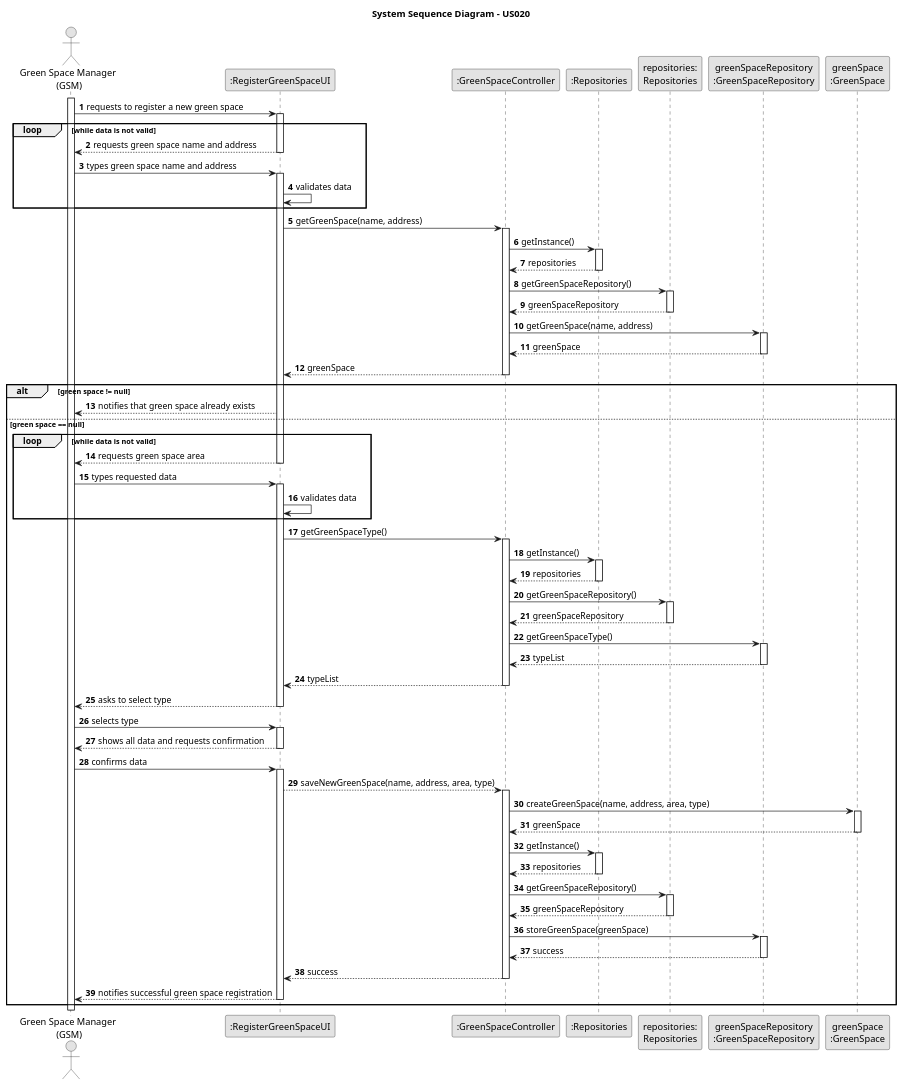
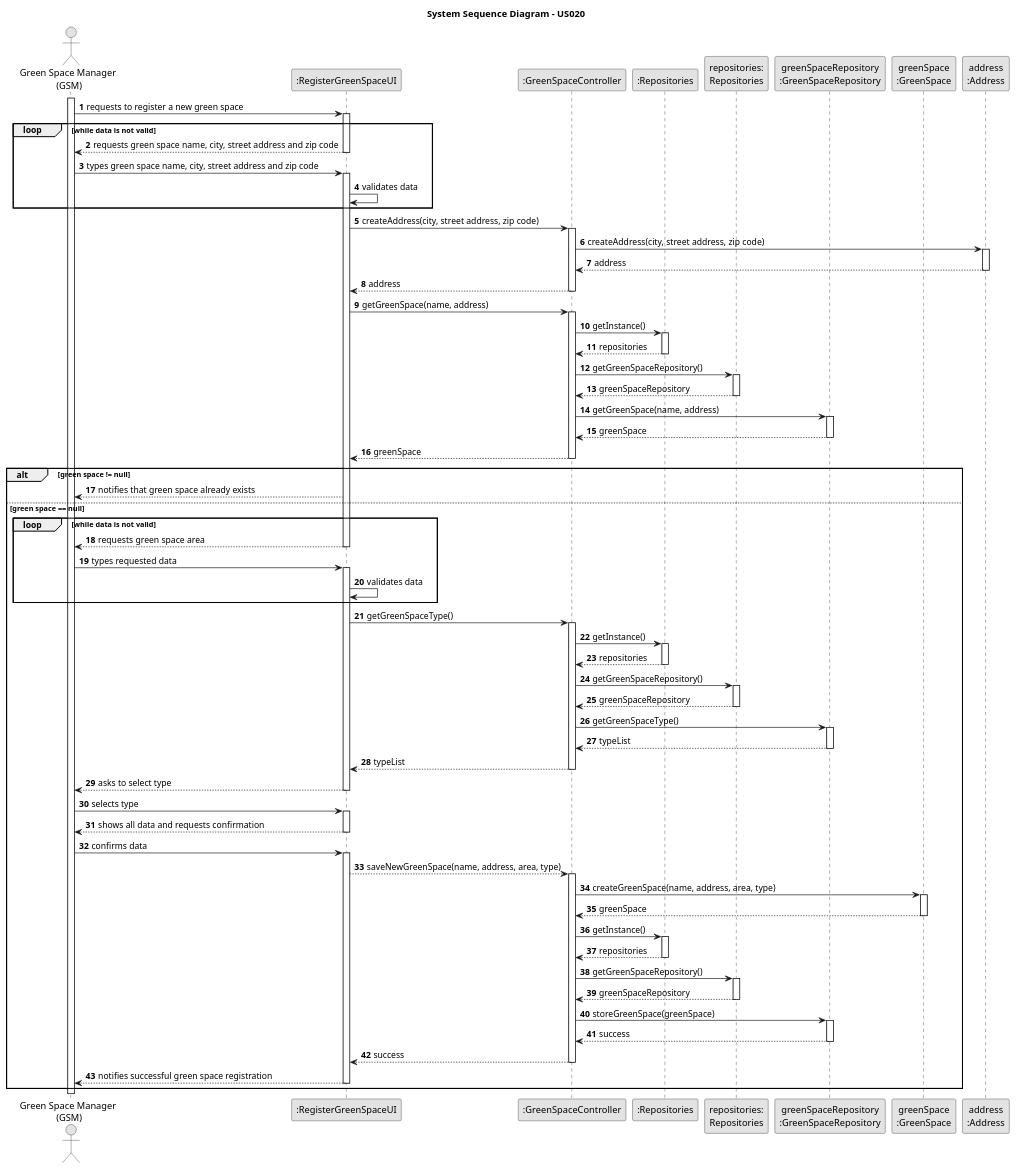
One commit to RicardoMorim/lapr2-ISEP-Project changed the diagram in docs/sprintC/us020/03.design/puml/us020-sequence-diagram-full.puml. Above: the diagram before and after it, drawn with PlantUML. The commit also changed 5 other files, not shown here.

```diff
--- a/docs/sprintC/us020/03.design/puml/us020-sequence-diagram-full.puml
+++ b/docs/sprintC/us020/03.design/puml/us020-sequence-diagram-full.puml
@@ -1,112 +1,121 @@
 @startuml
 skinparam monochrome true
 skinparam packageStyle rectangle
 skinparam shadowing false
 
 title System Sequence Diagram - US020
 
 autonumber
 
 actor "Green Space Manager \n(GSM)" as GRM
 participant ":RegisterGreenSpaceUI" as UI
 participant ":GreenSpaceController" as Controller
 participant ":Repositories" as RepositorySingleton
 participant "repositories:\nRepositories" as PLAT
 participant "greenSpaceRepository\n:GreenSpaceRepository" as Repository
 participant "greenSpace\n:GreenSpace" as GS
+participant "address\n:Address" as Address
 activate GRM
 
 GRM -> UI : requests to register a new green space
 activate UI
 loop while data is not valid
-UI --> GRM : requests green space name and address
+UI --> GRM : requests green space name, city, street address and zip code
 deactivate UI
-GRM -> UI : types green space name and address
+GRM -> UI : types green space name, city, street address and zip code
 activate UI
 UI -> UI: validates data
 end
-UI -> Controller : getGreenSpace(name, address)
+UI -> Controller : createAddress(city, street address, zip code)
+activate Controller
+Controller -> Address : createAddress(city, street address, zip code)
+activate Address
+Address --> Controller : address
+deactivate Address
+Controller --> UI : address
+deactivate Controller
+UI -> Controller: getGreenSpace(name, address)
 activate Controller
 Controller -> RepositorySingleton : getInstance()
                                         activate RepositorySingleton
 
                                             RepositorySingleton --> Controller: repositories
                                         deactivate RepositorySingleton
 
                                         Controller -> PLAT : getGreenSpaceRepository()
                                         activate PLAT
 
                                             PLAT --> Controller : greenSpaceRepository
                                         deactivate PLAT
 Controller -> Repository: getGreenSpace(name, address)
 activate Repository
 Repository --> Controller: greenSpace
 deactivate Repository
 Controller --> UI: greenSpace
 deactivate Controller
 alt green space != null
     UI --> GRM : notifies that green space already exists
     else green space == null
     loop while data is not valid
     UI --> GRM : requests green space area
 
 deactivate UI
     GRM -> UI : types requested data
     activate UI
     UI -> UI: validates data
     end
     UI -> Controller: getGreenSpaceType()
     activate Controller
     Controller -> RepositorySingleton : getInstance()
                                             activate RepositorySingleton
 
                                                 RepositorySingleton --> Controller: repositories
                                             deactivate RepositorySingleton
 
                                             Controller -> PLAT : getGreenSpaceRepository()
                                             activate PLAT
 
                                                 PLAT --> Controller : greenSpaceRepository
                                             deactivate PLAT
     Controller -> Repository: getGreenSpaceType()
     activate Repository
     Repository --> Controller: typeList
     deactivate Repository
     Controller --> UI: typeList
     deactivate Controller
     UI --> GRM : asks to select type
     deactivate UI
     GRM -> UI : selects type
     activate UI
     UI --> GRM : shows all data and requests confirmation
     deactivate UI
 deactivate UI
     GRM -> UI : confirms data
     activate UI
     UI --> Controller: saveNewGreenSpace(name, address, area, type)
     activate Controller
     Controller -> GS: createGreenSpace(name, address, area, type)
     activate GS
    GS --> Controller :greenSpace
    deactivate GS
    Controller -> RepositorySingleton : getInstance()
                                                activate RepositorySingleton
 
                                                    RepositorySingleton --> Controller: repositories
                                                deactivate RepositorySingleton
 
                                                Controller -> PLAT : getGreenSpaceRepository()
                                                activate PLAT
 
                                                    PLAT --> Controller : greenSpaceRepository
                                                deactivate PLAT
    Controller -> Repository: storeGreenSpace(greenSpace)
    activate Repository
    Repository --> Controller: success
    deactivate Repository
    Controller --> UI : success
    deactivate Controller
     UI --> GRM: notifies successful green space registration
 deactivate UI
 end
 @enduml
```
